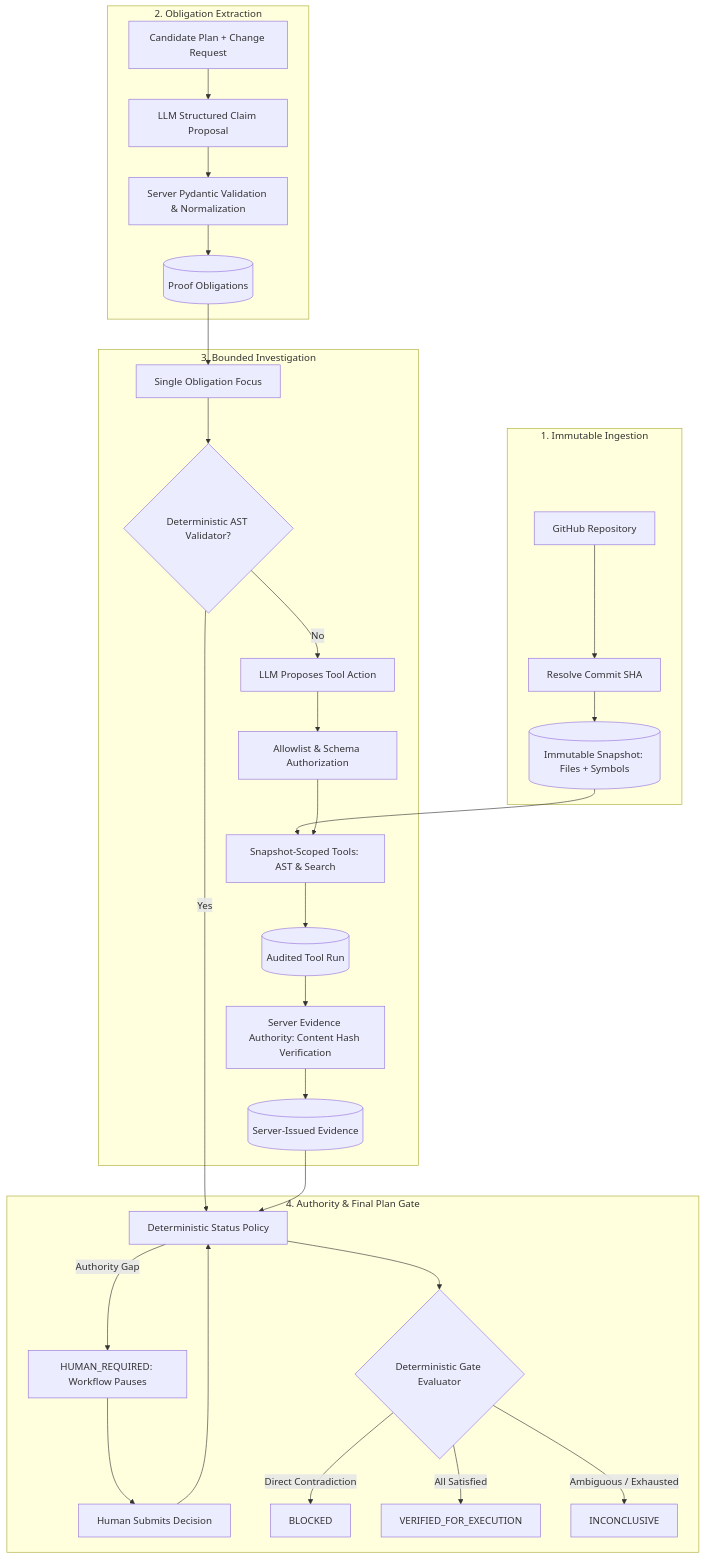
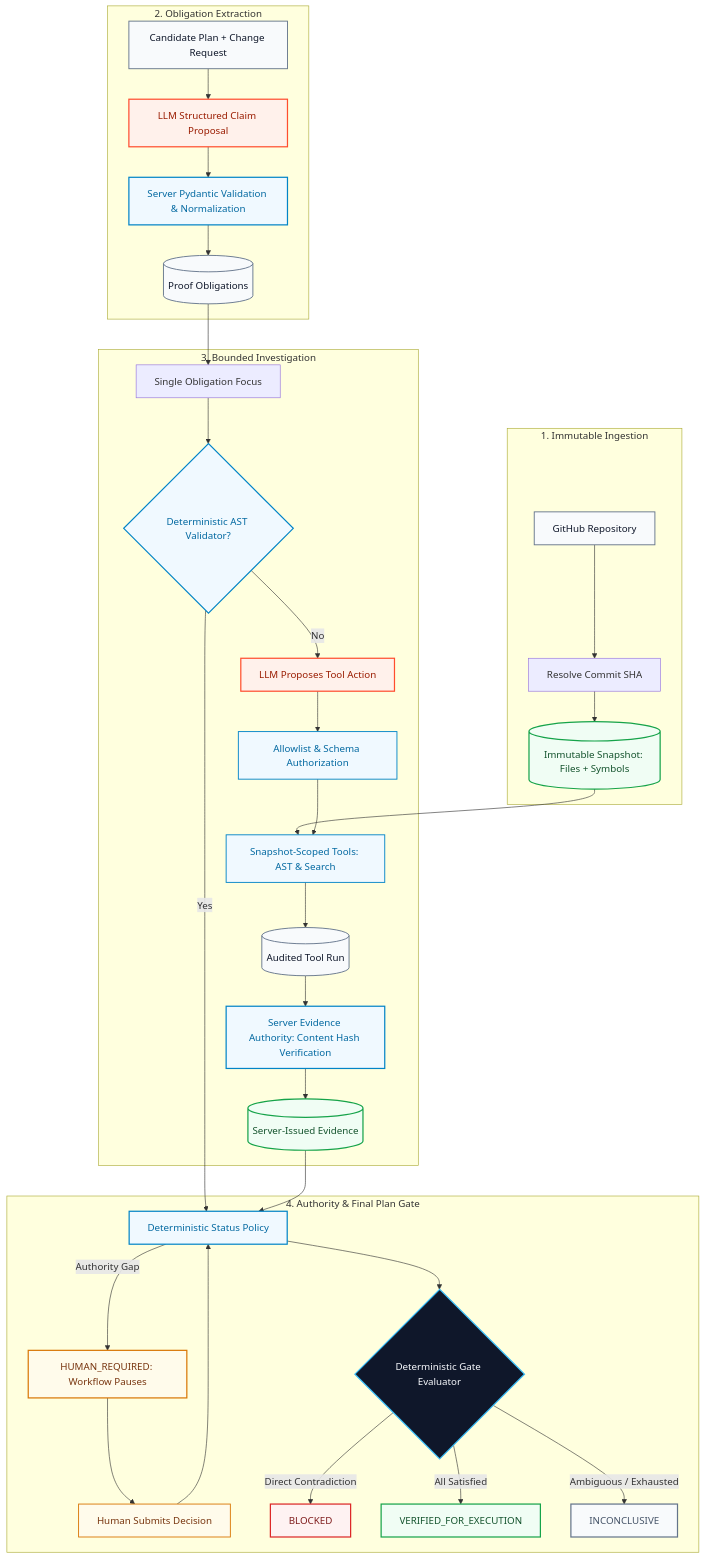
One commit to NikhilRaikwar/PlanProof changed the first of 4 diagrams in README.md. Above: the diagram before and after it, drawn with Mermaid. The commit also changed other lines of this file and 3 other files, not shown here.

Commit message:
docs(readme): polish portfolio presentation, center branding, and enhance architecture diagrams

````diff
--- a/README.md
+++ b/README.md
@@ -120,37 +125,58 @@
 ```mermaid
 flowchart TD
   subgraph Ingestion["1. Immutable Ingestion"]
     Repo[GitHub Repository] --> SHA[Resolve Commit SHA]
     SHA --> Snapshot[(Immutable Snapshot: Files + Symbols)]
   end
 
   subgraph Extraction["2. Obligation Extraction"]
     Plan[Candidate Plan + Change Request] --> LLMExtract[LLM Structured Claim Proposal]
     LLMExtract --> ValidateObligations[Server Pydantic Validation & Normalization]
     ValidateObligations --> Obligations[(Proof Obligations)]
   end
 
   subgraph Investigation["3. Bounded Investigation"]
     Snapshot --> RepTools[Snapshot-Scoped Tools: AST & Search]
     Obligations --> ObligationLoop[Single Obligation Focus]
     ObligationLoop --> FastValidators{Deterministic AST Validator?}
     FastValidators -->|No| LLMToolSelect[LLM Proposes Tool Action]
     LLMToolSelect --> ToolAllowlist[Allowlist & Schema Authorization]
     ToolAllowlist --> RepTools
     RepTools --> ToolRun[(Audited Tool Run)]
     ToolRun --> EvidenceIssuer[Server Evidence Authority: Content Hash Verification]
     EvidenceIssuer --> Evidence[(Server-Issued Evidence)]
   end
 
   subgraph AuthorityGate["4. Authority & Final Plan Gate"]
     FastValidators -->|Yes| PolicyCheck[Deterministic Status Policy]
     Evidence --> PolicyCheck
     PolicyCheck -->|Authority Gap| HumanWait[HUMAN_REQUIRED: Workflow Pauses]
     HumanWait --> HumanInput[Human Submits Decision]
     HumanInput --> PolicyCheck
     PolicyCheck --> FinalGate{Deterministic Gate Evaluator}
     FinalGate -->|Direct Contradiction| Blocked[BLOCKED]
     FinalGate -->|All Satisfied| Verified[VERIFIED_FOR_EXECUTION]
     FinalGate -->|Ambiguous / Exhausted| Inconclusive[INCONCLUSIVE]
   end
+
+  style Repo fill:#f8fafc,stroke:#64748b,stroke-width:1.5px,color:#0f172a
+  style Snapshot fill:#f0fdf4,stroke:#16a34a,stroke-width:2px,color:#14532d
+  style Plan fill:#f8fafc,stroke:#64748b,stroke-width:1.5px,color:#0f172a
+  style LLMExtract fill:#fff1eb,stroke:#ff4d2e,stroke-width:2px,color:#9a1c00
+  style LLMToolSelect fill:#fff1eb,stroke:#ff4d2e,stroke-width:2px,color:#9a1c00
+  style ValidateObligations fill:#f0f9ff,stroke:#0284c7,stroke-width:2px,color:#0369a1
+  style FastValidators fill:#f0f9ff,stroke:#0284c7,stroke-width:2px,color:#0369a1
+  style PolicyCheck fill:#f0f9ff,stroke:#0284c7,stroke-width:2px,color:#0369a1
+  style FinalGate fill:#0f172a,stroke:#38bdf8,stroke-width:2px,color:#f8fafe
+  style RepTools fill:#f0f9ff,stroke:#0284c7,stroke-width:1.5px,color:#0369a1
+  style ToolAllowlist fill:#f0f9ff,stroke:#0284c7,stroke-width:1.5px,color:#0369a1
+  style ToolRun fill:#f8fafc,stroke:#64748b,stroke-width:1.5px,color:#0f172a
+  style EvidenceIssuer fill:#f0f9ff,stroke:#0284c7,stroke-width:2px,color:#0369a1
+  style Evidence fill:#f0fdf4,stroke:#16a34a,stroke-width:2px,color:#14532d
+  style Obligations fill:#f8fafc,stroke:#64748b,stroke-width:1.5px,color:#0f172a
+  style HumanWait fill:#fffbeb,stroke:#d97706,stroke-width:2px,color:#78350f
+  style HumanInput fill:#fffbeb,stroke:#d97706,stroke-width:1.5px,color:#78350f
+  style Blocked fill:#fef2f2,stroke:#dc2626,stroke-width:2px,color:#7f1d1d
+  style Verified fill:#f0fdf4,stroke:#16a34a,stroke-width:2px,color:#14532d
+  style Inconclusive fill:#f8fafc,stroke:#64748b,stroke-width:2px,color:#475569
 ```
````
